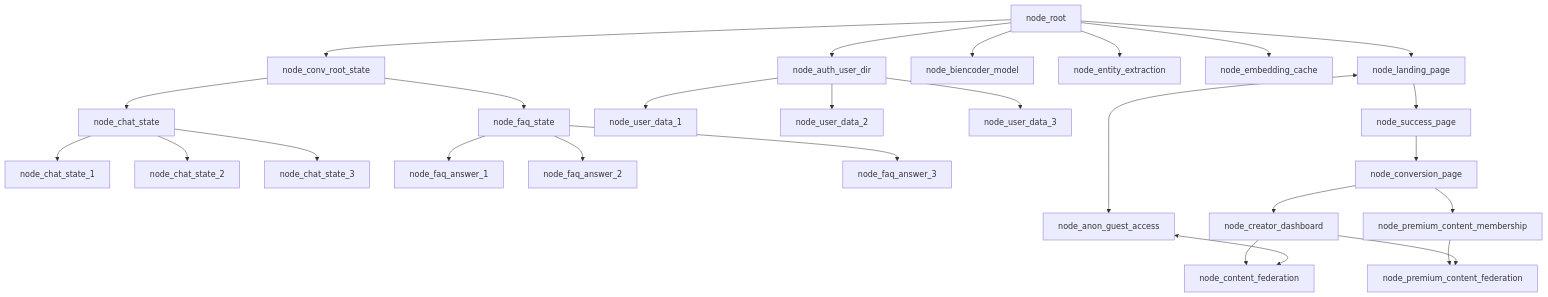
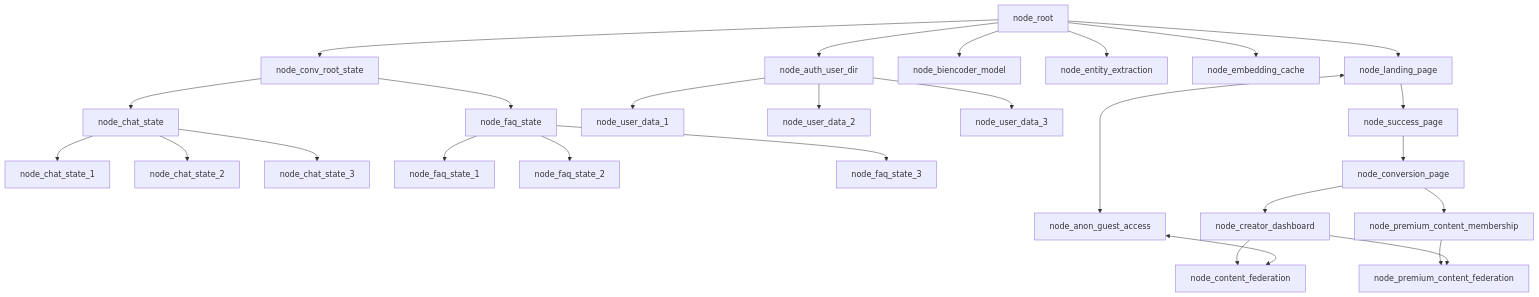
The first of 2 diagrams in README.md (WrappedUsername/apexmite-jac), drawn with Mermaid before and after one commit. The commit also changed 2 other files, not shown here.

Commit message:
Configuring files - Keefe

````diff
--- a/README.md
+++ b/README.md
@@ -44,29 +44,29 @@
 ```mermaid
 graph TD;
     node_root-->node_landing_page
     node_root-->node_auth_user_dir
     node_root-->node_biencoder_model
     node_root-->node_entity_extraction
     node_root-->node_embedding_cache
     node_root-->node_conv_root_state
     node_conv_root_state-->node_chat_state
     node_chat_state-->node_chat_state_1
     node_chat_state-->node_chat_state_2
     node_chat_state-->node_chat_state_3
     node_conv_root_state-->node_faq_state
-    node_faq_state-->node_faq_answer_1
-    node_faq_state-->node_faq_answer_2
-    node_faq_state-->node_faq_answer_3
+    node_faq_state-->node_faq_state_1
+    node_faq_state-->node_faq_state_2
+    node_faq_state-->node_faq_state_3
     node_auth_user_dir-->node_user_data_1
     node_auth_user_dir-->node_user_data_2
     node_auth_user_dir-->node_user_data_3
     node_landing_page-->node_success_page
     node_landing_page<-->node_anon_guest_access
     node_success_page-->node_conversion_page
     node_conversion_page-->node_creator_dashboard
     node_conversion_page-->node_premium_content_membership
     node_premium_content_membership-->node_premium_content_federation
     node_creator_dashboard-->node_content_federation
     node_creator_dashboard-->node_premium_content_federation
     node_anon_guest_access<-->node_content_federation
 ```
````
